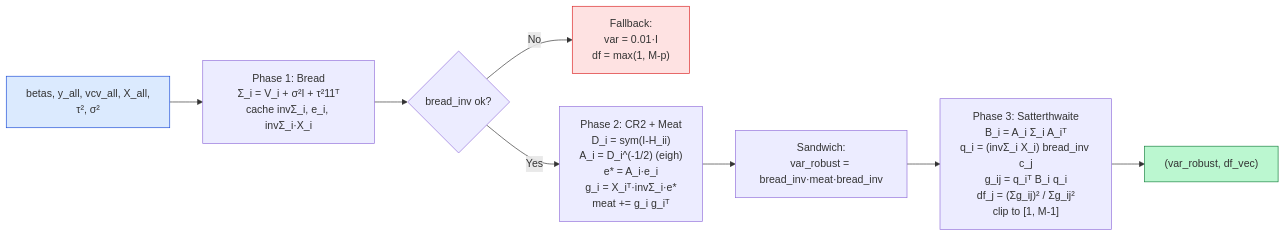
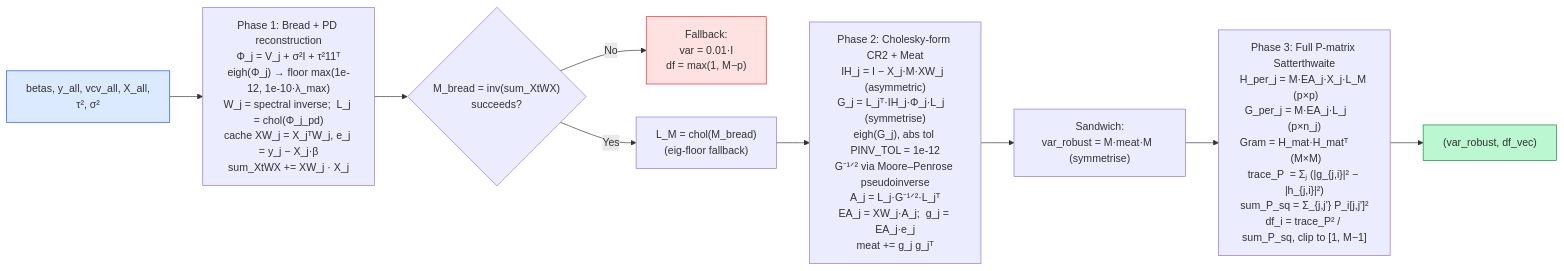
Before and after one commit to ErickJLA/CoMeta: the sixth of 10 diagrams in docs/architecture_and_data_flow.md, drawn with Mermaid. The commit also changed other lines of this file, not shown here.

First line of the commit message:
docs: rewrite §4.3 _compute_robust_var_betas to match Cholesky/asymmetric CR2 implementation

````diff
--- a/docs/architecture_and_data_flow.md
+++ b/docs/architecture_and_data_flow.md
@@ -788,13 +851,14 @@
 ```mermaid
 flowchart LR
-    A["betas, y_all, vcv_all, X_all,<br/>τ², σ²"]:::n --> P1["Phase 1: Bread<br/>Σ_i = V_i + σ²I + τ²11ᵀ<br/>cache invΣ_i, e_i, invΣ_i·X_i"]
-    P1 --> BR{"bread_inv ok?"}
-    BR -->|No| FB["Fallback:<br/>var = 0.01·I<br/>df = max(1, M-p)"]:::f
-    BR -->|Yes| P2["Phase 2: CR2 + Meat<br/>D_i = sym(I-H_ii)<br/>A_i = D_i^(-1/2) (eigh)<br/>e* = A_i·e_i<br/>g_i = X_iᵀ·invΣ_i·e*<br/>meat += g_i g_iᵀ"]
-    P2 --> SW["Sandwich:<br/>var_robust = bread_inv·meat·bread_inv"]
-    SW --> P3["Phase 3: Satterthwaite<br/>B_i = A_i Σ_i A_iᵀ<br/>q_i = (invΣ_i X_i) bread_inv c_j<br/>g_ij = q_iᵀ B_i q_i<br/>df_j = (Σg_ij)² / Σg_ij²<br/>clip to [1, M-1]"]
+    A["betas, y_all, vcv_all, X_all,<br/>τ², σ²"]:::n --> P1["Phase 1: Bread + PD reconstruction<br/>Φ_j = V_j + σ²I + τ²11ᵀ<br/>eigh(Φ_j) → floor max(1e-12, 1e-10·λ_max)<br/>W_j = spectral inverse;  L_j = chol(Φ_j_pd)<br/>cache XW_j = X_jᵀW_j, e_j = y_j − X_j·β<br/>sum_XtWX += XW_j · X_j"]
+    P1 --> BR{"M_bread = inv(sum_XtWX)<br/>succeeds?"}
+    BR -->|No| FB["Fallback:<br/>var = 0.01·I<br/>df = max(1, M−p)"]:::f
+    BR -->|Yes| LM["L_M = chol(M_bread)<br/>(eig-floor fallback)"]
+    LM --> P2["Phase 2: Cholesky-form CR2 + Meat<br/>IH_j = I − X_j·M·XW_j  (asymmetric)<br/>G_j = L_jᵀ·IH_j·Φ_j·L_j   (symmetrise)<br/>eigh(G_j), abs tol PINV_TOL = 1e-12<br/>G⁻¹ᐟ² via Moore–Penrose pseudoinverse<br/>A_j = L_j·G⁻¹ᐟ²·L_jᵀ<br/>EA_j = XW_j·A_j;  g_j = EA_j·e_j<br/>meat += g_j g_jᵀ"]
+    P2 --> SW["Sandwich:<br/>var_robust = M·meat·M  (symmetrise)"]
+    SW --> P3["Phase 3: Full P-matrix Satterthwaite<br/>H_per_j = M·EA_j·X_j·L_M  (p×p)<br/>G_per_j = M·EA_j·L_j      (p×n_j)<br/>Gram = H_mat·H_matᵀ        (M×M)<br/>trace_P  = Σⱼ (|g_{j,i}|² − |h_{j,i}|²)<br/>sum_P_sq = Σ_{j,j'} P_i[j,j']²<br/>df_i = trace_P² / sum_P_sq, clip to [1, M−1]"]
     P3 --> OUT["(var_robust, df_vec)"]:::g
     classDef n fill:#dbeafe,stroke:#1d4ed8
     classDef g fill:#bbf7d0,stroke:#15803d
     classDef f fill:#fee2e2,stroke:#dc2626
 ```
````
